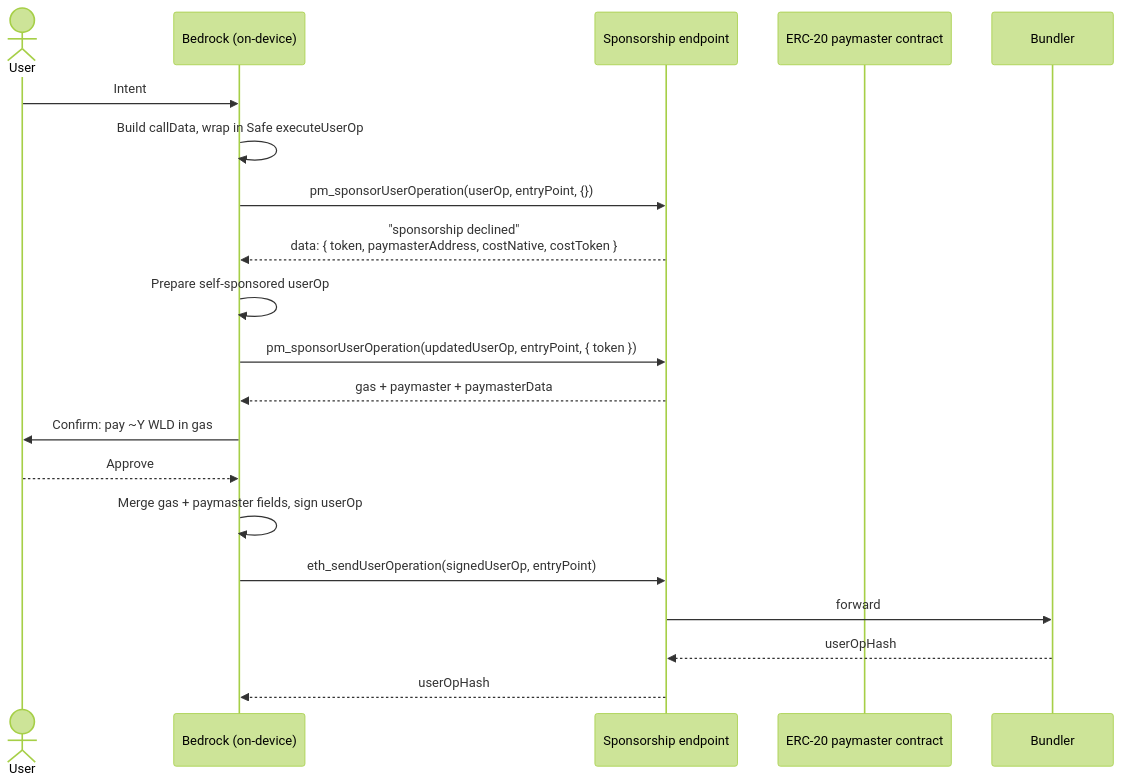
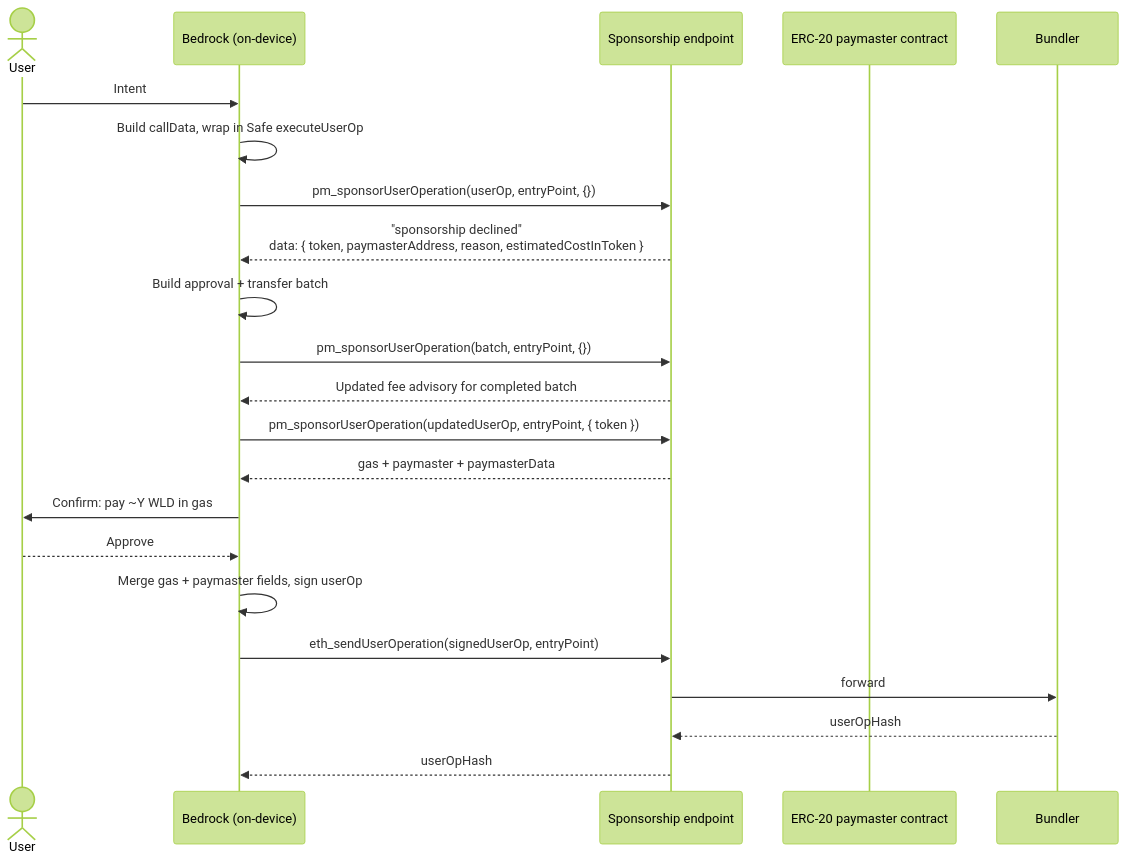
The second of 2 diagrams in bedrock/src/transactions/transaction.md (worldcoin/bedrock), drawn with Mermaid (forest theme) before and after one commit. The commit also changed other lines of this file and 4 other files, not shown here.

Commit message:
feat(transactions): add ERC-20 self-sponsorship fallback

````diff
--- a/bedrock/src/transactions/transaction.md
+++ b/bedrock/src/transactions/transaction.md
@@ -103,28 +104,30 @@
 ```mermaid
 sequenceDiagram
     actor User
     participant Bedrock as Bedrock (on-device)
     participant Endpoint as Sponsorship endpoint
     participant Paymaster as ERC-20 paymaster contract
     participant Bundler
 
     User->>Bedrock: Intent
     Bedrock->>Bedrock: Build callData, wrap in Safe executeUserOp
 
     Bedrock->>Endpoint: pm_sponsorUserOperation(userOp, entryPoint, {})
-    Endpoint-->>Bedrock: "sponsorship declined"<br/>data: { token, paymasterAddress, costNative, costToken }
+    Endpoint-->>Bedrock: "sponsorship declined"<br/>data: { token, paymasterAddress, reason, estimatedCostInToken }
 
-    Bedrock->>Bedrock: Prepare self-sponsored userOp
+    Bedrock->>Bedrock: Build approval + transfer batch
+    Bedrock->>Endpoint: pm_sponsorUserOperation(batch, entryPoint, {})
+    Endpoint-->>Bedrock: Updated fee advisory for completed batch
 
     Bedrock->>Endpoint: pm_sponsorUserOperation(updatedUserOp, entryPoint, { token })
     Endpoint-->>Bedrock: gas + paymaster + paymasterData
 
     Bedrock->>User: Confirm: pay ~Y WLD in gas
     User-->>Bedrock: Approve
     Bedrock->>Bedrock: Merge gas + paymaster fields, sign userOp
 
     Bedrock->>Endpoint: eth_sendUserOperation(signedUserOp, entryPoint)
     Endpoint->>Bundler: forward
     Bundler-->>Endpoint: userOpHash
     Endpoint-->>Bedrock: userOpHash
 ```
````
